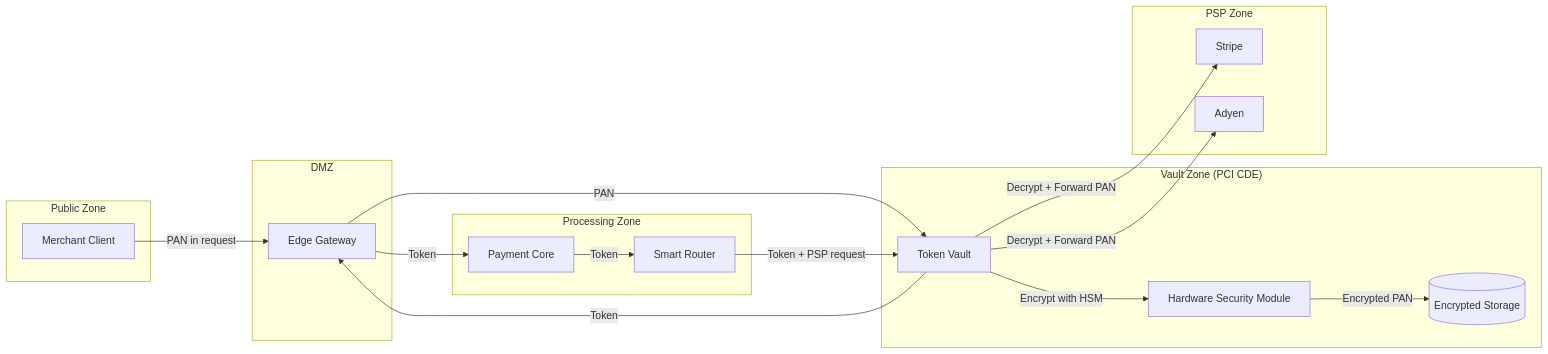
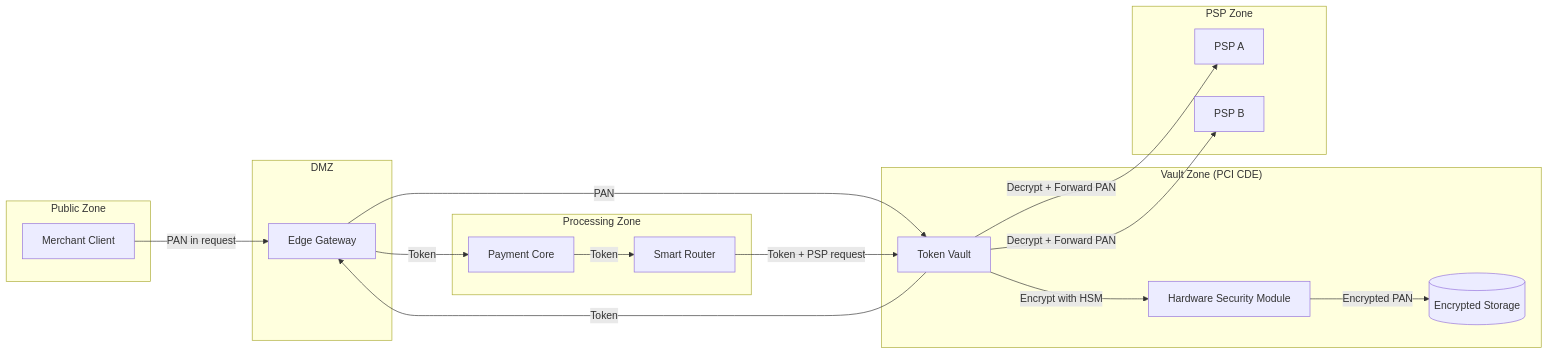
Before and after one commit to ashishthakur913/catenadocs: the second of 3 diagrams in TRD.md, drawn with Mermaid. The commit also changed other lines of this file and 1 other file, not shown here.

````diff
--- a/TRD.md
+++ b/TRD.md
@@ -160,37 +732,37 @@
 ```mermaid
 flowchart LR
     subgraph "Public Zone"
         Client[Merchant Client]
     end
-    
+
     subgraph "DMZ"
         Edge[Edge Gateway]
     end
-    
+
     subgraph "Processing Zone"
         Core[Payment Core]
         Router[Smart Router]
     end
-    
+
     subgraph "Vault Zone (PCI CDE)"
         Vault[Token Vault]
         HSM[Hardware Security Module]
         VaultDB[(Encrypted Storage)]
     end
-    
+
     subgraph "PSP Zone"
-        PSP1[Stripe]
-        PSP2[Adyen]
+        PSP1[PSP A]
+        PSP2[PSP B]
     end
-    
+
     Client -->|PAN in request| Edge
     Edge -->|PAN| Vault
     Vault -->|Encrypt with HSM| HSM
     HSM -->|Encrypted PAN| VaultDB
     Vault -->|Token| Edge
     Edge -->|Token| Core
     Core -->|Token| Router
     Router -->|Token + PSP request| Vault
     Vault -->|Decrypt + Forward PAN| PSP1
     Vault -->|Decrypt + Forward PAN| PSP2
 ```
````
